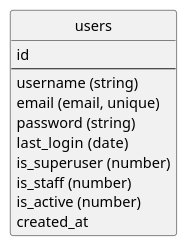
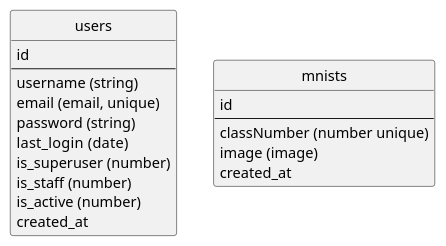
Before and after one commit to Lee266/op-ai-monorepo: the diagram in docs/postgres.pu, drawn with PlantUML. The commit also changed 1 other file, not shown here.

```diff
--- a/docs/postgres.pu
+++ b/docs/postgres.pu
@@ -2,18 +2,25 @@
 @startuml postgres
 hide circle
-
 
 entity "users" as users {
   id
   --
   username (string)
   email (email, unique)
   password (string)
   last_login  (date)
   is_superuser (number)
   is_staff (number)
   is_active (number)
   created_at
 }
 
+entity "mnists" as mnist {
+  id
+  --
+  classNumber (number unique)
+  image (image)
+  created_at
+}
+
 @enduml
```
